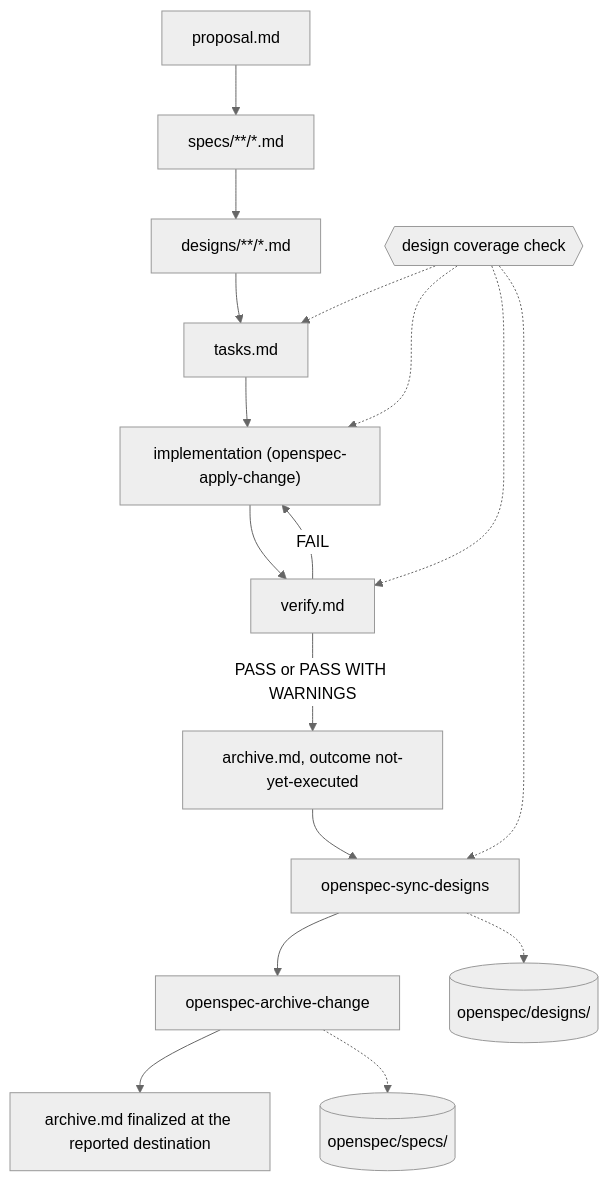
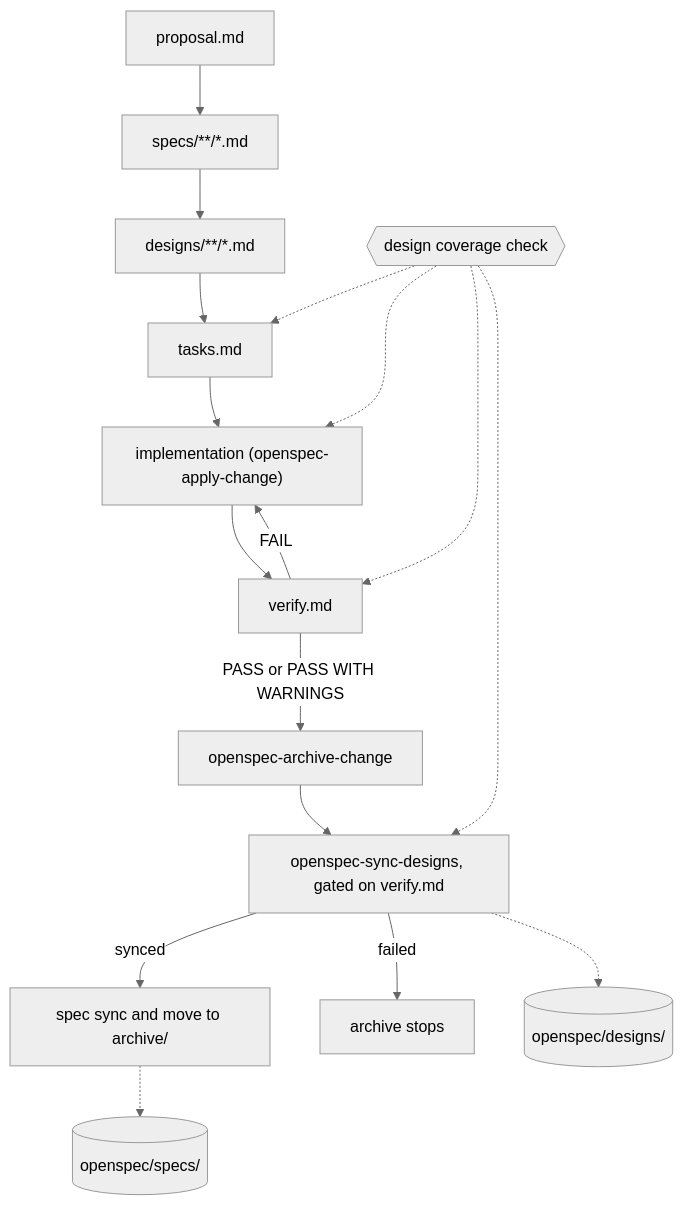
The diagram in README.md (rayjp2010/super-sdd), drawn with Mermaid (neutral theme) before and after one commit. The commit also changed other lines of this file and 7 other files, not shown here.

First line of the commit message:
Move workflow rules into the schema and drop the archive artifact

````diff
--- a/README.md
+++ b/README.md
@@ -6,19 +6,19 @@
 ```mermaid
 flowchart TD
     P["proposal.md"] --> S["specs/**/*.md"]
     S --> D["designs/**/*.md"]
     D --> T["tasks.md"]
     T --> I["implementation (openspec-apply-change)"]
     I --> V["verify.md"]
     V -- "FAIL" --> I
-    V -- "PASS or PASS WITH WARNINGS" --> A["archive.md, outcome not-yet-executed"]
-    A --> Y["openspec-sync-designs"]
-    Y --> R["openspec-archive-change"]
-    R --> F["archive.md finalized at the reported destination"]
+    V -- "PASS or PASS WITH WARNINGS" --> R["openspec-archive-change"]
+    R --> Y["openspec-sync-designs, gated on verify.md"]
+    Y -- "synced" --> M["spec sync and move to archive/"]
+    Y -- "failed" --> X["archive stops"]
     Y -.-> DD[("openspec/designs/")]
-    R -.-> DS[("openspec/specs/")]
+    M -.-> DS[("openspec/specs/")]
     C{{"design coverage check"}} -.-> T
     C -.-> I
     C -.-> V
     C -.-> Y
 ```
````
